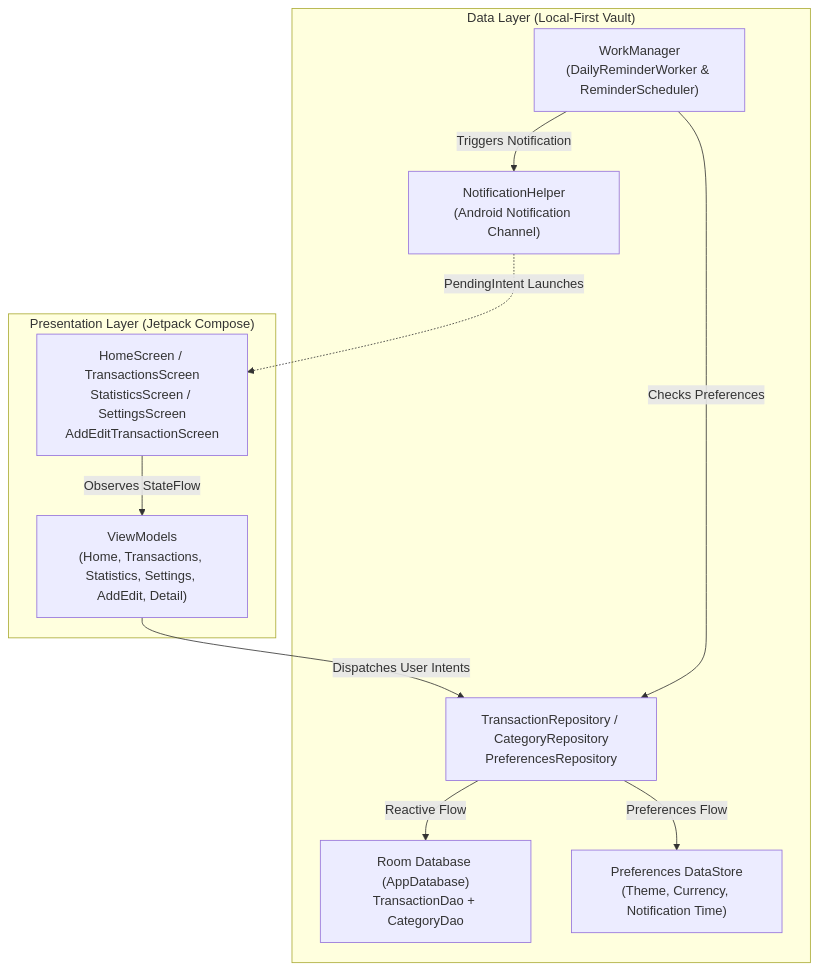
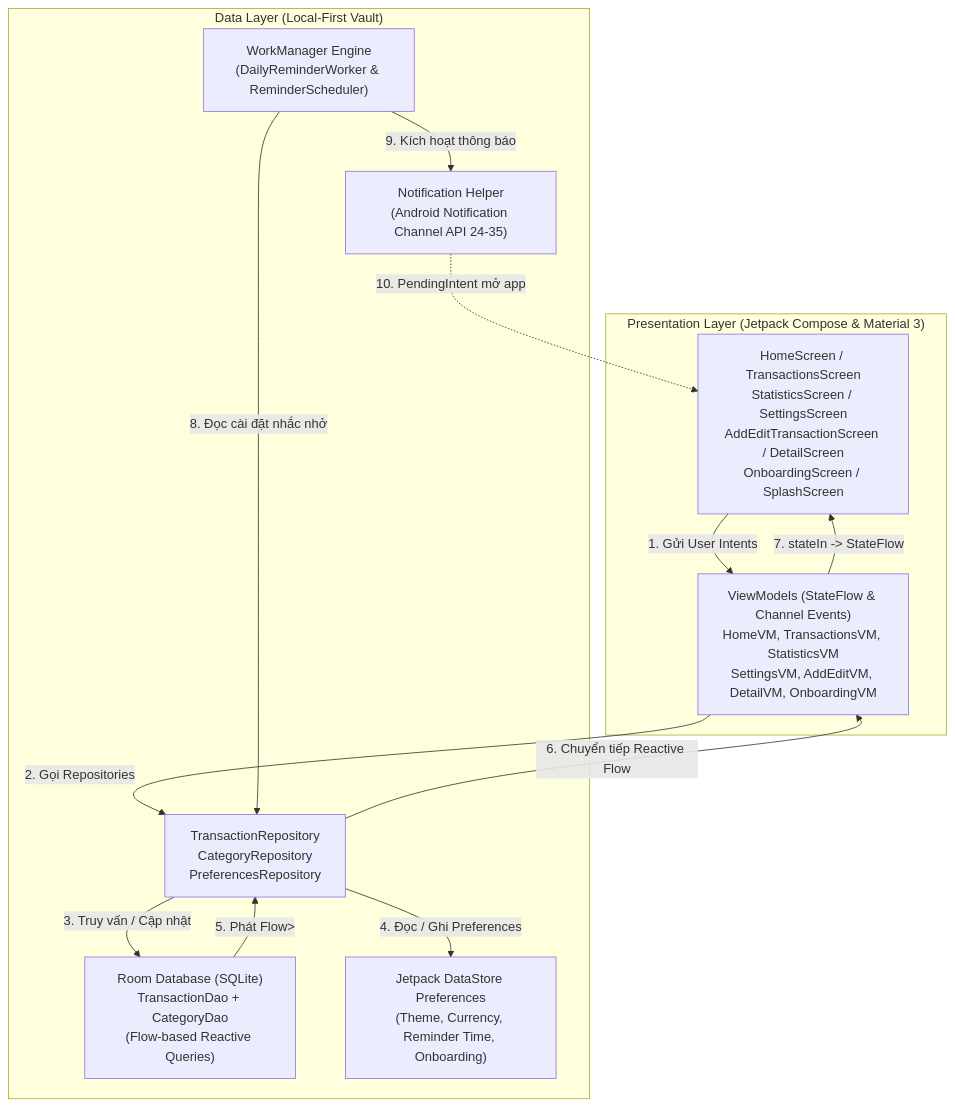
Before and after one commit to haitranduc203/Personal-Finance: the diagram in README.md, drawn with Mermaid. The commit also changed other lines of this file and 83 other files, not shown here.

````diff
--- a/README.md
+++ b/README.md
@@ -79,23 +136,26 @@
 ```mermaid
 flowchart TB
-    subgraph UI_Layer ["Presentation Layer (Jetpack Compose)"]
-        Screens["HomeScreen / TransactionsScreen\nStatisticsScreen / SettingsScreen\nAddEditTransactionScreen"]
-        VM["ViewModels\n(Home, Transactions, Statistics, Settings, AddEdit, Detail)"]
+    subgraph UI_Layer ["Presentation Layer (Jetpack Compose & Material 3)"]
+        Screens["HomeScreen / TransactionsScreen\nStatisticsScreen / SettingsScreen\nAddEditTransactionScreen / DetailScreen\nOnboardingScreen / SplashScreen"]
+        VM["ViewModels (StateFlow & Channel Events)\nHomeVM, TransactionsVM, StatisticsVM\nSettingsVM, AddEditVM, DetailVM, OnboardingVM"]
     end
 
-    subgraph Data_Layer ["Data Layer (Local-First Vault)"]
-        Repos["TransactionRepository / CategoryRepository\nPreferencesRepository"]
-        RoomDB["Room Database (AppDatabase)\nTransactionDao + CategoryDao"]
-        DataStore["Preferences DataStore\n(Theme, Currency, Notification Time)"]
-        Worker["WorkManager\n(DailyReminderWorker & ReminderScheduler)"]
-        Notif["NotificationHelper\n(Android Notification Channel)"]
+    subgraph Domain_Data_Layer ["Data Layer (Local-First Vault)"]
+        Repos["TransactionRepository\nCategoryRepository\nPreferencesRepository"]
+        RoomDB["Room Database (SQLite)\nTransactionDao + CategoryDao\n(Flow-based Reactive Queries)"]
+        DataStore["Jetpack DataStore Preferences\n(Theme, Currency, Reminder Time, Onboarding)"]
+        WorkMgr["WorkManager Engine\n(DailyReminderWorker & ReminderScheduler)"]
+        NotifHelper["Notification Helper\n(Android Notification Channel API 24-35)"]
     end
 
-    Screens -->|"Observes StateFlow"| VM
-    VM -->|"Dispatches User Intents"| Repos
-    Repos -->|"Reactive Flow"| RoomDB
-    Repos -->|"Preferences Flow"| DataStore
-    Worker -->|"Checks Preferences"| Repos
-    Worker -->|"Triggers Notification"| Notif
-    Notif -.->|"PendingIntent Launches"| Screens
+    Screens -->|"1. Gửi User Intents"| VM
+    VM -->|"2. Gọi Repositories"| Repos
+    Repos -->|"3. Truy vấn / Cập nhật"| RoomDB
+    Repos -->|"4. Đọc / Ghi Preferences"| DataStore
+    RoomDB -->|"5. Phát Flow<List<T>>"| Repos
+    Repos -->|"6. Chuyển tiếp Reactive Flow"| VM
+    VM -->|"7. stateIn -> StateFlow<UiState>"| Screens
+    WorkMgr -->|"8. Đọc cài đặt nhắc nhở"| Repos
+    WorkMgr -->|"9. Kích hoạt thông báo"| NotifHelper
+    NotifHelper -.->|"10. PendingIntent mở app"| Screens
 ```
````
